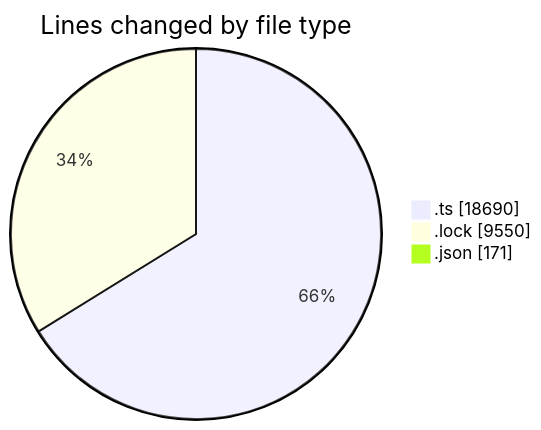
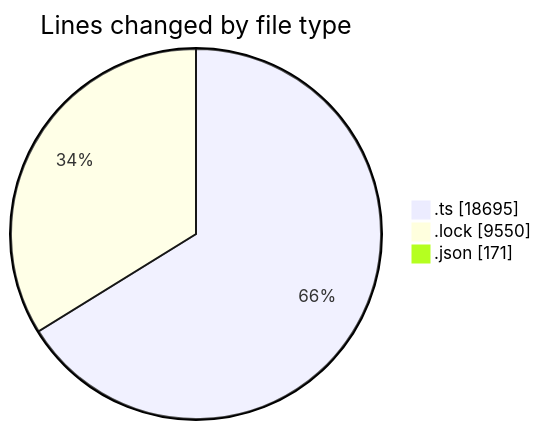
The first of 2 diagrams in 2025-10-30/cda/README.md (momahboobian/code-tracking), drawn with Mermaid before and after one commit. The commit also changed other lines of this file and 1 other file, not shown here.

````diff
--- a/2025-10-30/cda/README.md
+++ b/2025-10-30/cda/README.md
@@ -29,7 +29,7 @@
 ```mermaid
 pie showData
 title Lines changed by file type
-".ts" : 18690
+".ts" : 18695
 ".lock" : 9550
 ".json" : 171
 ```
````
